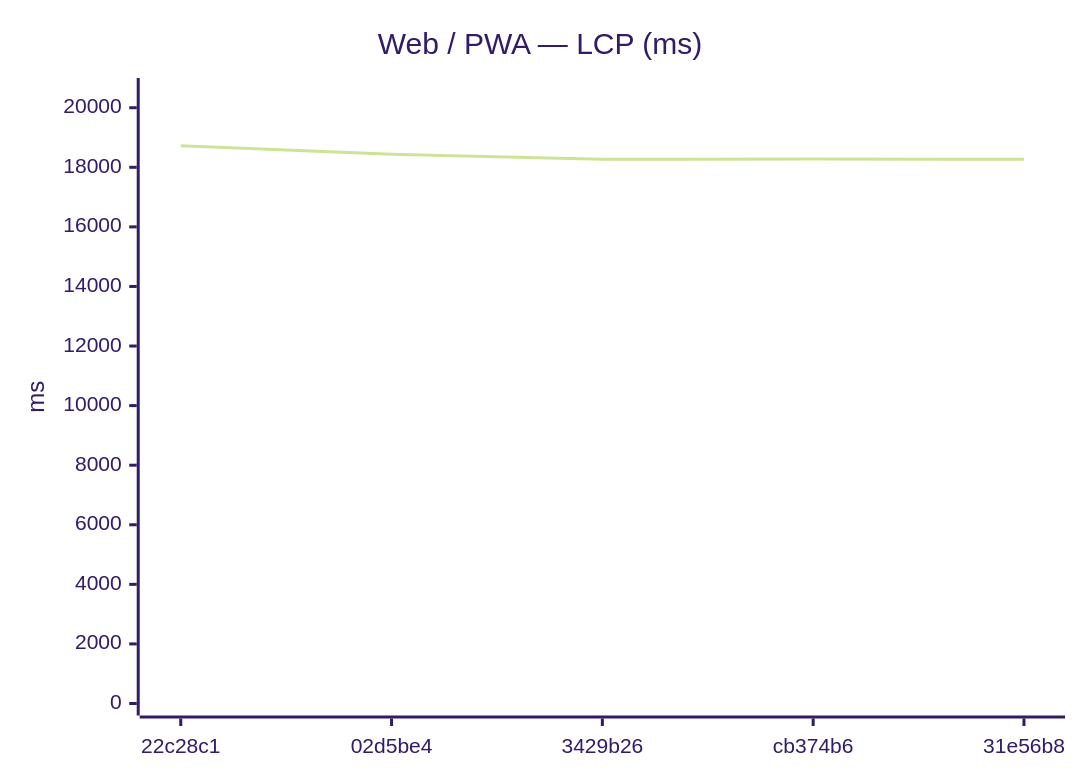
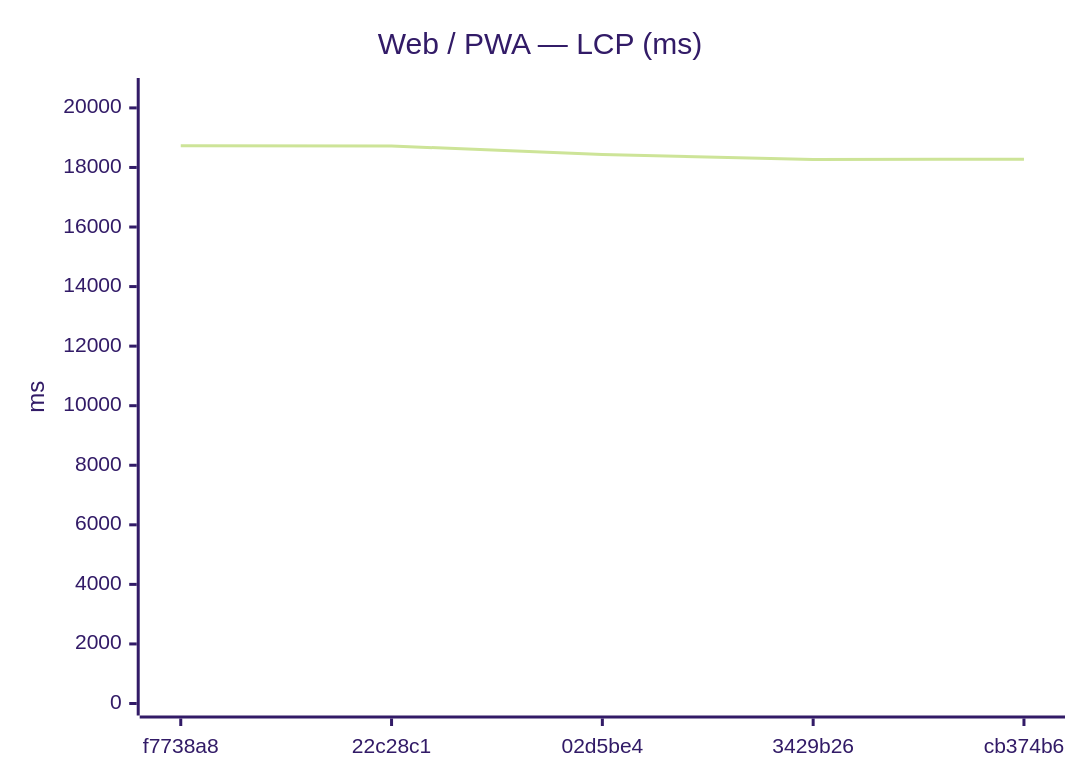
Before and after one commit to Metaheurist/Rianell: the seventh of 18 diagrams in benchmarks/compare.md, drawn with Mermaid (forest theme). The commit also changed other lines of this file and 11 other files, not shown here.

````diff
--- a/benchmarks/compare.md
+++ b/benchmarks/compare.md
@@ -117,7 +117,7 @@
 ```mermaid
 xychart-beta
     title "Web / PWA — LCP (ms)"
-    x-axis ["22c28c1", "02d5be4", "3429b26", "cb374b6", "31e56b8"]
-    y-axis "ms" 0 --> 20595
-    line [18722, 18436, 18270, 18278, 18267]
+    x-axis ["f7738a8", "22c28c1", "02d5be4", "3429b26", "cb374b6"]
+    y-axis "ms" 0 --> 20601
+    line [18728, 18722, 18436, 18270, 18278]
 ```
````
